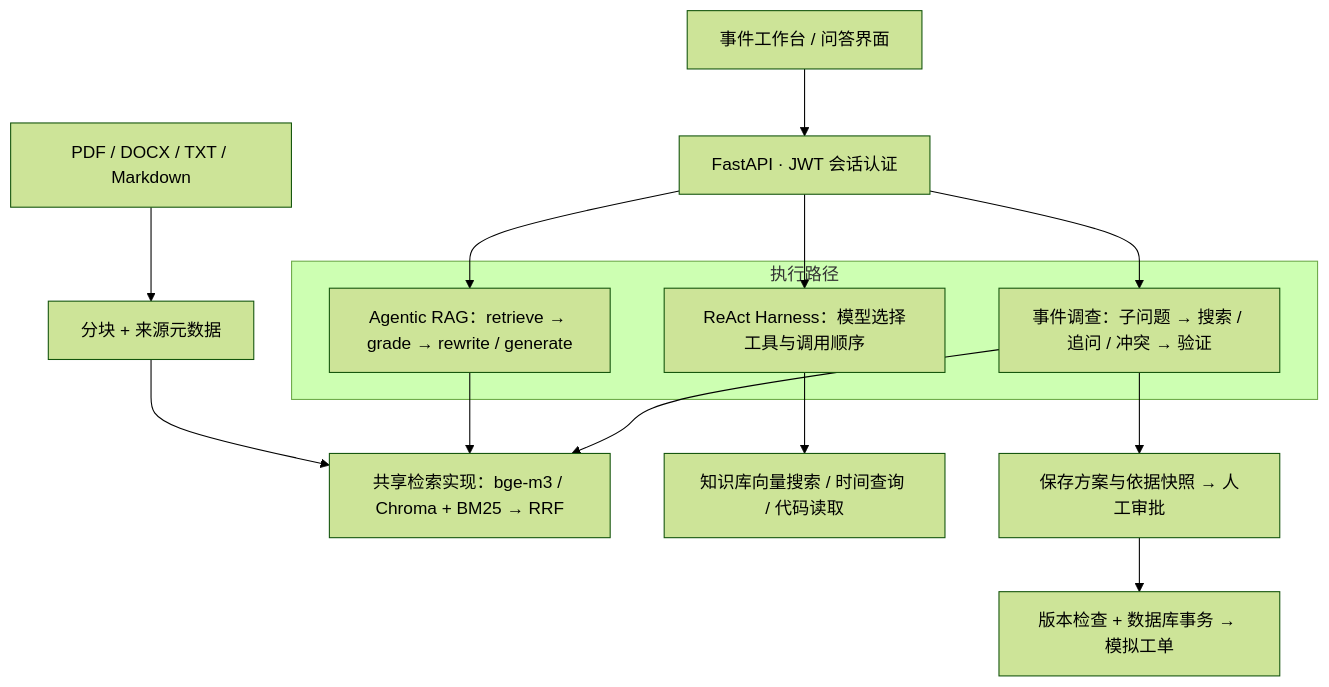
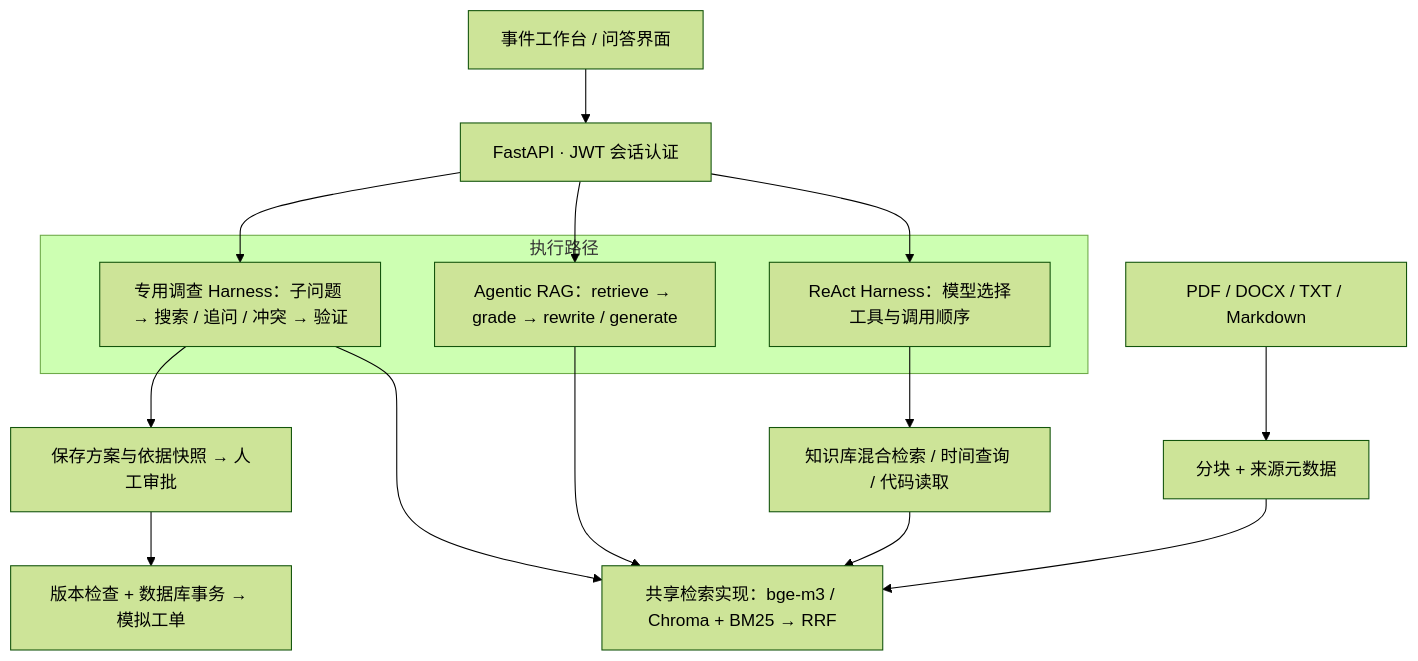
The diagram in README.md (Trojan-Miracle/SOP_chatbot), drawn with Mermaid (forest theme) before and after one commit. The commit also changed other lines of this file and 9 other files, not shown here.

````diff
--- a/README.md
+++ b/README.md
@@ -32,22 +32,23 @@
 ```mermaid
 flowchart TB
     UI["事件工作台 / 问答界面"] --> API["FastAPI · JWT 会话认证"]
 
     subgraph Workflows[执行路径]
-        INCIDENT["事件调查：子问题 → 搜索 / 追问 / 冲突 → 验证"]
+        INCIDENT["专用调查 Harness：子问题 → 搜索 / 追问 / 冲突 → 验证"]
         RAG["Agentic RAG：retrieve → grade → rewrite / generate"]
         REACT["ReAct Harness：模型选择工具与调用顺序"]
     end
 
     API --> INCIDENT
     API --> RAG
     API --> REACT
     INCIDENT --> HYBRID["共享检索实现：bge-m3 / Chroma + BM25 → RRF"]
     RAG --> HYBRID
-    REACT --> TOOLS["知识库向量搜索 / 时间查询 / 代码读取"]
+    TOOLS --> HYBRID
+    REACT --> TOOLS["知识库混合检索 / 时间查询 / 代码读取"]
     INCIDENT --> REVIEW["保存方案与依据快照 → 人工审批"]
     REVIEW --> STORE["版本检查 + 数据库事务 → 模拟工单"]
 
     DOCS["PDF / DOCX / TXT / Markdown"] --> CHUNKS["分块 + 来源元数据"]
     CHUNKS --> HYBRID
 ```
````
